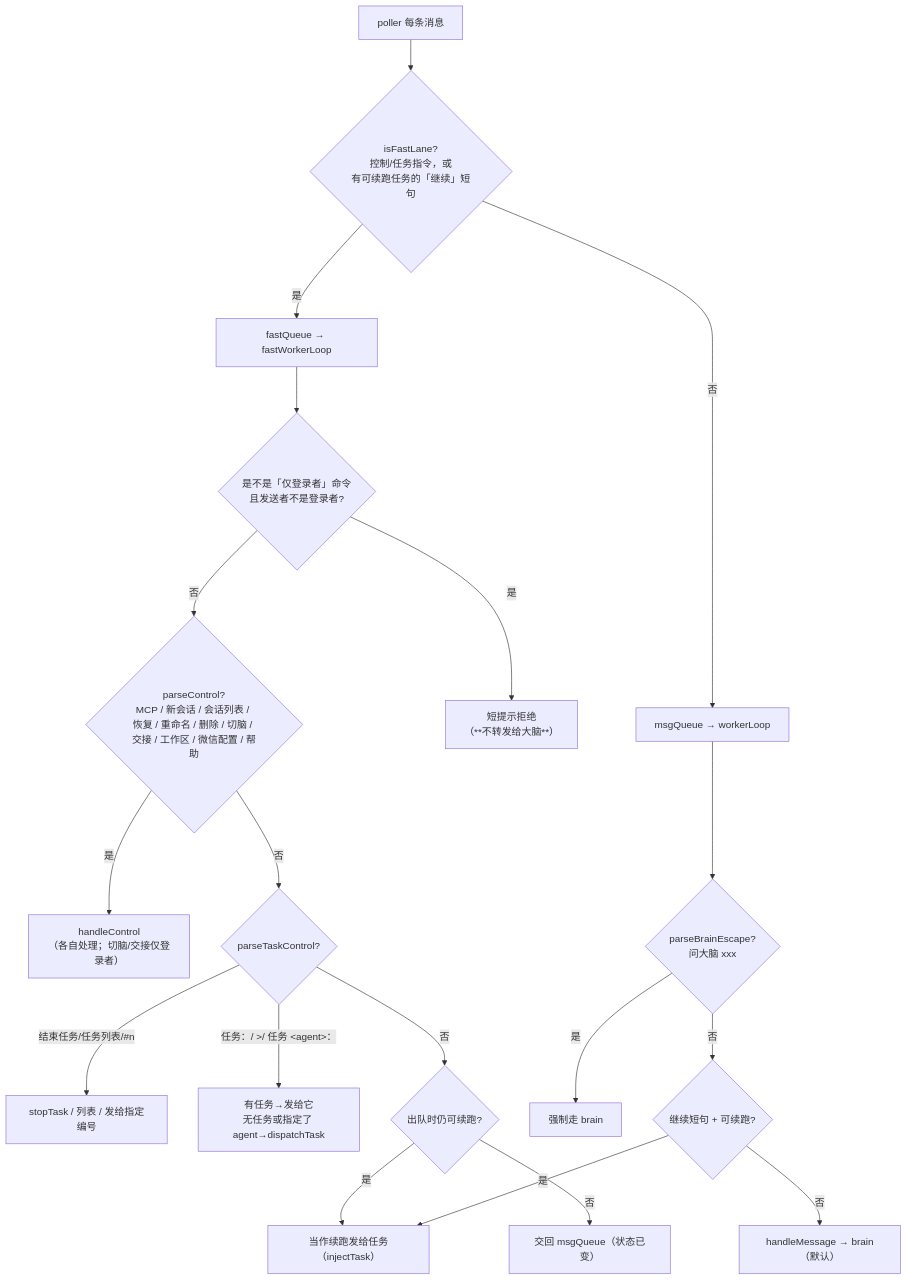
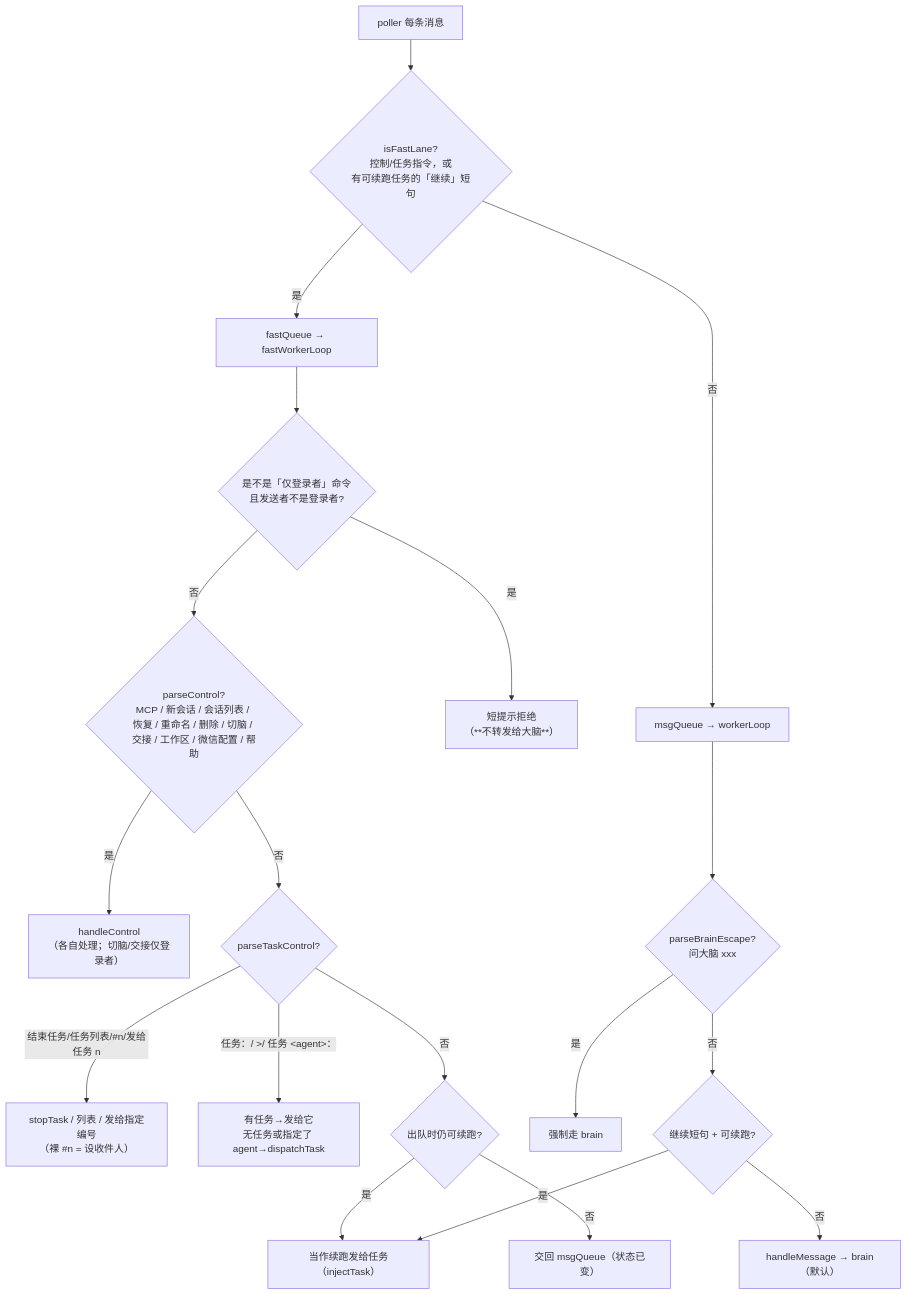
Before and after one commit to imwangpan/WeMind: the second of 4 diagrams in docs/repowiki/05-daemon.md, drawn with Mermaid. The commit also changed other lines of this file and 33 other files, not shown here.

First line of the commit message:
feat(worker-media): 支持把图片/文件发给 worker 任务

````diff
--- a/docs/repowiki/05-daemon.md
+++ b/docs/repowiki/05-daemon.md
@@ -187,21 +187,21 @@
 ```mermaid
 graph TD
     M["poller 每条消息"] --> L{"isFastLane?<br/>控制/任务指令，或<br/>有可续跑任务的「继续」短句"}
     L -->|是| FQ["fastQueue → fastWorkerLoop"]
     L -->|否| BQ["msgQueue → workerLoop"]
     FQ --> C0{"是不是「仅登录者」命令<br/>且发送者不是登录者?"}
     C0 -->|是| H0["短提示拒绝<br/>（**不转发给大脑**）"]
     C0 -->|否| C1{"parseControl?<br/>MCP / 新会话 / 会话列表 / 恢复 / 重命名 / 删除 / 切脑 / 交接 / 工作区 / 微信配置 / 帮助"}
     C1 -->|是| H1["handleControl<br/>（各自处理；切脑/交接仅登录者）"]
     C1 -->|否| C2{"parseTaskControl?"}
-    C2 -->|结束任务/任务列表/#n| H2["stopTask / 列表 / 发给指定编号"]
+    C2 -->|结束任务/任务列表/#n/发给任务 n| H2["stopTask / 列表 / 发给指定编号<br/>（裸 #n = 设收件人）"]
     C2 -->|任务：/ &gt;/ 任务 &lt;agent&gt;：| H3["有任务→发给它<br/>无任务或指定了 agent→dispatchTask"]
     C2 -->|否| C4{"出队时仍可续跑?"}
     C4 -->|是| H5["当作续跑发给任务（injectTask）"]
     C4 -->|否| BQ2["交回 msgQueue（状态已变）"]
     BQ --> C3{"parseBrainEscape?<br/>问大脑 xxx"}
     C3 -->|是| H4["强制走 brain"]
     C3 -->|否| C4B{"继续短句 + 可续跑?"}
     C4B -->|是| H5
     C4B -->|否| H6["handleMessage → brain（默认）"]
 ```
````
